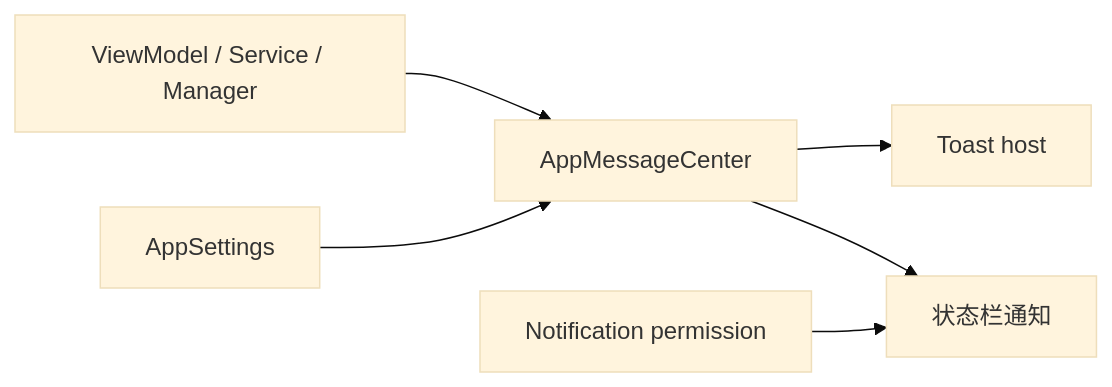
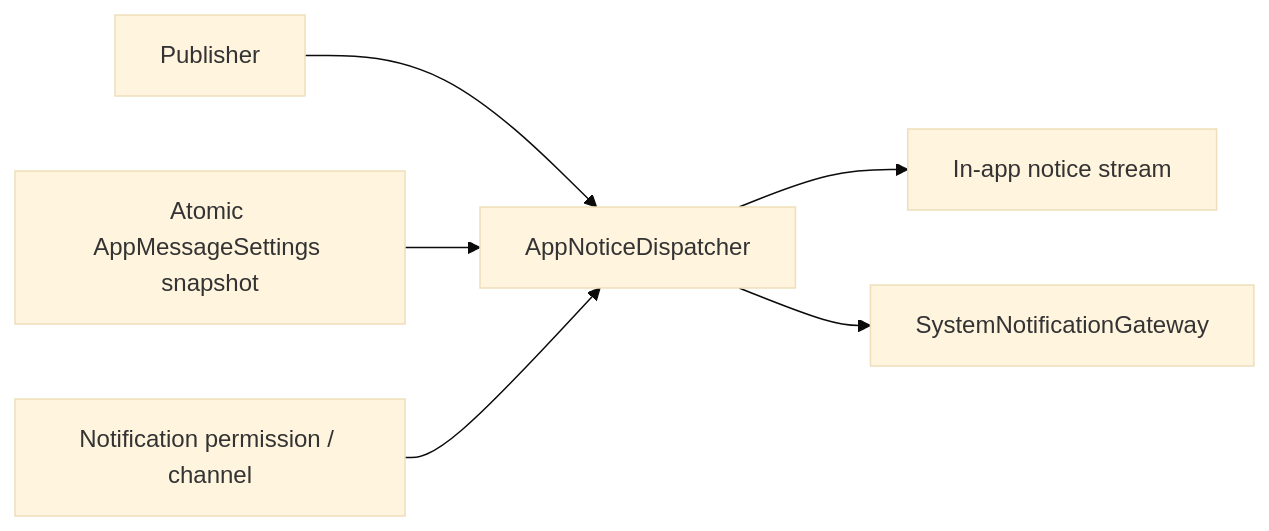
One commit to aozijx/Passly changed the second of 2 diagrams in docs/architecture/runtime-flows.md. Above: the diagram before and after it, drawn with Mermaid (base theme). The commit also changed other lines of this file and 17 other files, not shown here.

Commit message:
docs: lock message permission and telemetry boundaries

````diff
--- a/docs/architecture/runtime-flows.md
+++ b/docs/architecture/runtime-flows.md
@@ -30,8 +30,8 @@
 ```mermaid
 flowchart LR
-    Producers["ViewModel / Service / Manager"] --> Center["AppMessageCenter"]
-    Center --> Toast["Toast host"]
-    Center --> Status["状态栏通知"]
-    Prefs["AppSettings"] --> Center
-    Permission["Notification permission"] --> Status
+    Producers["Publisher"] --> Dispatcher["AppNoticeDispatcher"]
+    Dispatcher --> InApp["In-app notice stream"]
+    Dispatcher --> System["SystemNotificationGateway"]
+    Prefs["Atomic AppMessageSettings snapshot"] --> Dispatcher
+    Permission["Notification permission / channel"] --> Dispatcher
 ```
````
